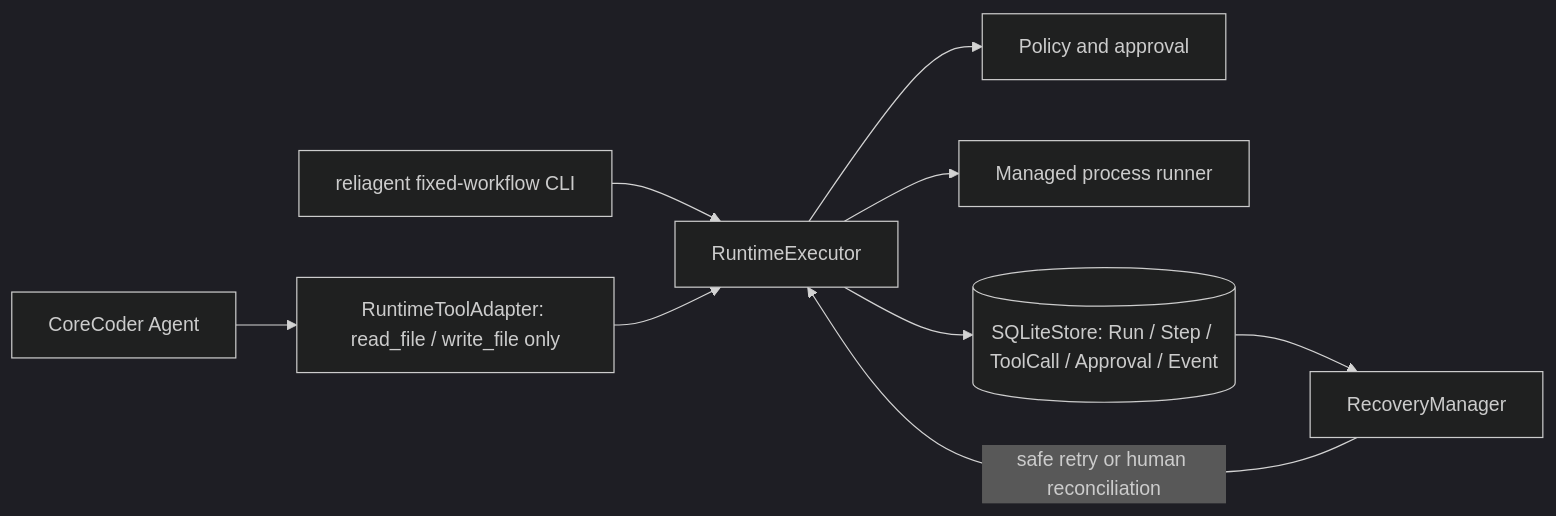
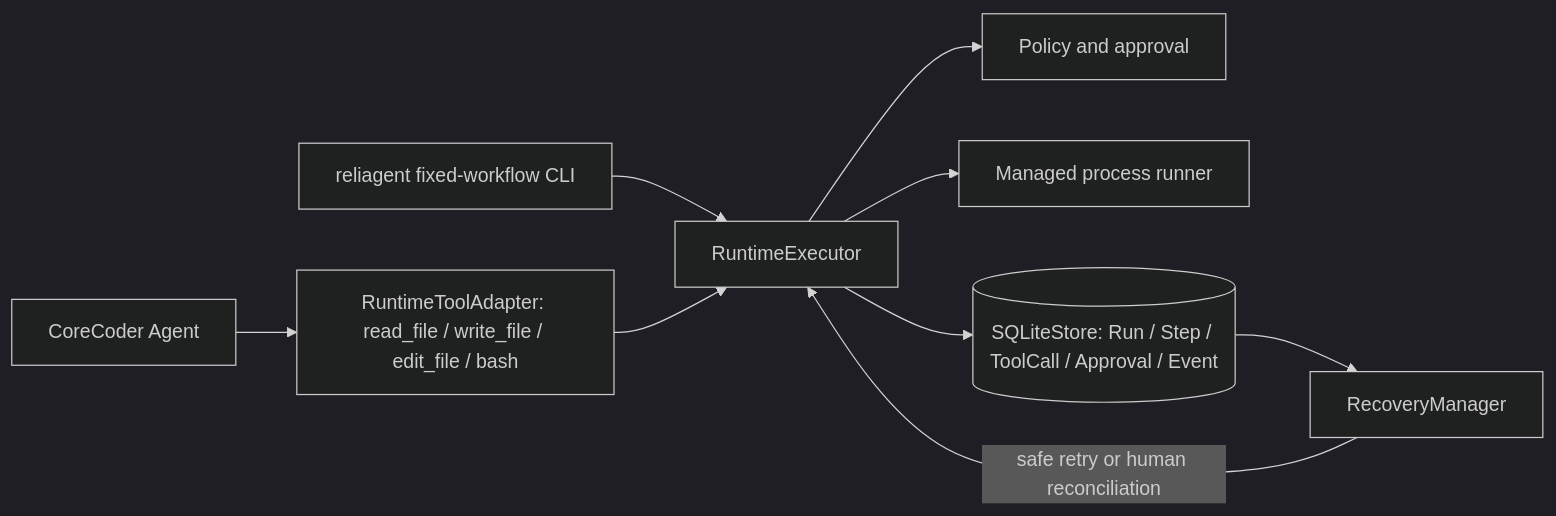
One commit to kexinhao03/CoreCoder changed the first of 2 diagrams in docs/reliagent/architecture.md. Above: the diagram before and after it, drawn with Mermaid (dark theme). The commit also changed other lines of this file and 16 other files, not shown here.

Commit message:
feat(runtime): manage the read-edit-test coding chain

````diff
--- a/docs/reliagent/architecture.md
+++ b/docs/reliagent/architecture.md
@@ -11,11 +10,11 @@
 ```mermaid
 flowchart LR
-    A[CoreCoder Agent] --> T[RuntimeToolAdapter: read_file / write_file only]
+    A[CoreCoder Agent] --> T[RuntimeToolAdapter: read_file / write_file / edit_file / bash]
     C[reliagent fixed-workflow CLI] --> E[RuntimeExecutor]
     T --> E
     E --> P[Policy and approval]
     E --> M[Managed process runner]
     E --> S[(SQLiteStore: Run / Step / ToolCall / Approval / Event)]
     S --> R[RecoveryManager]
     R -->|safe retry or human reconciliation| E
 ```
````
